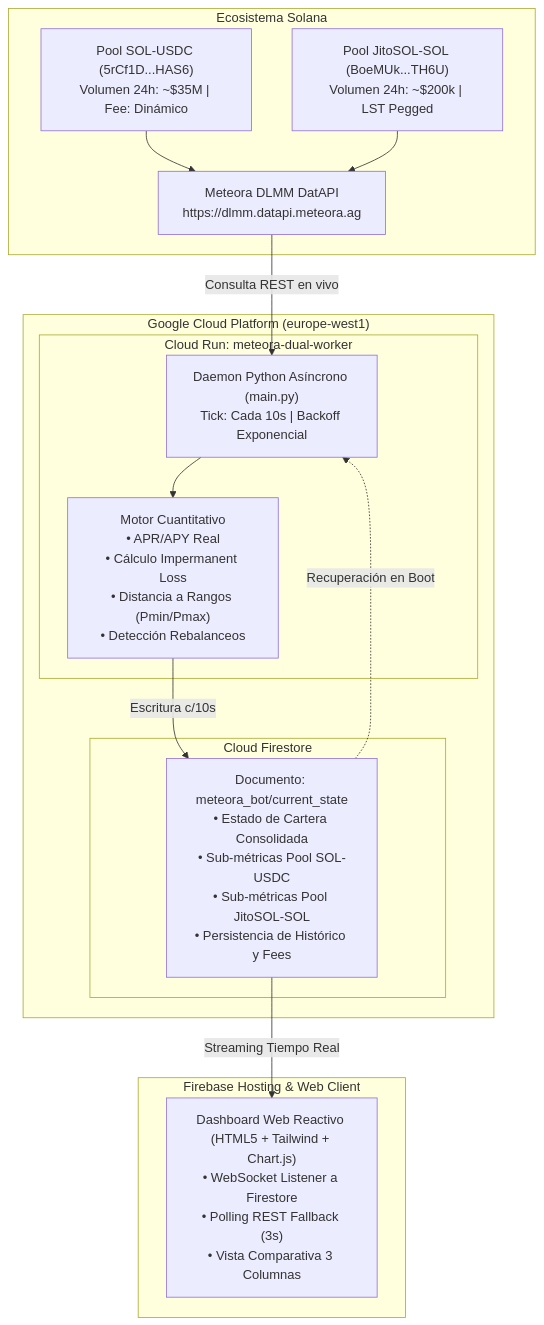
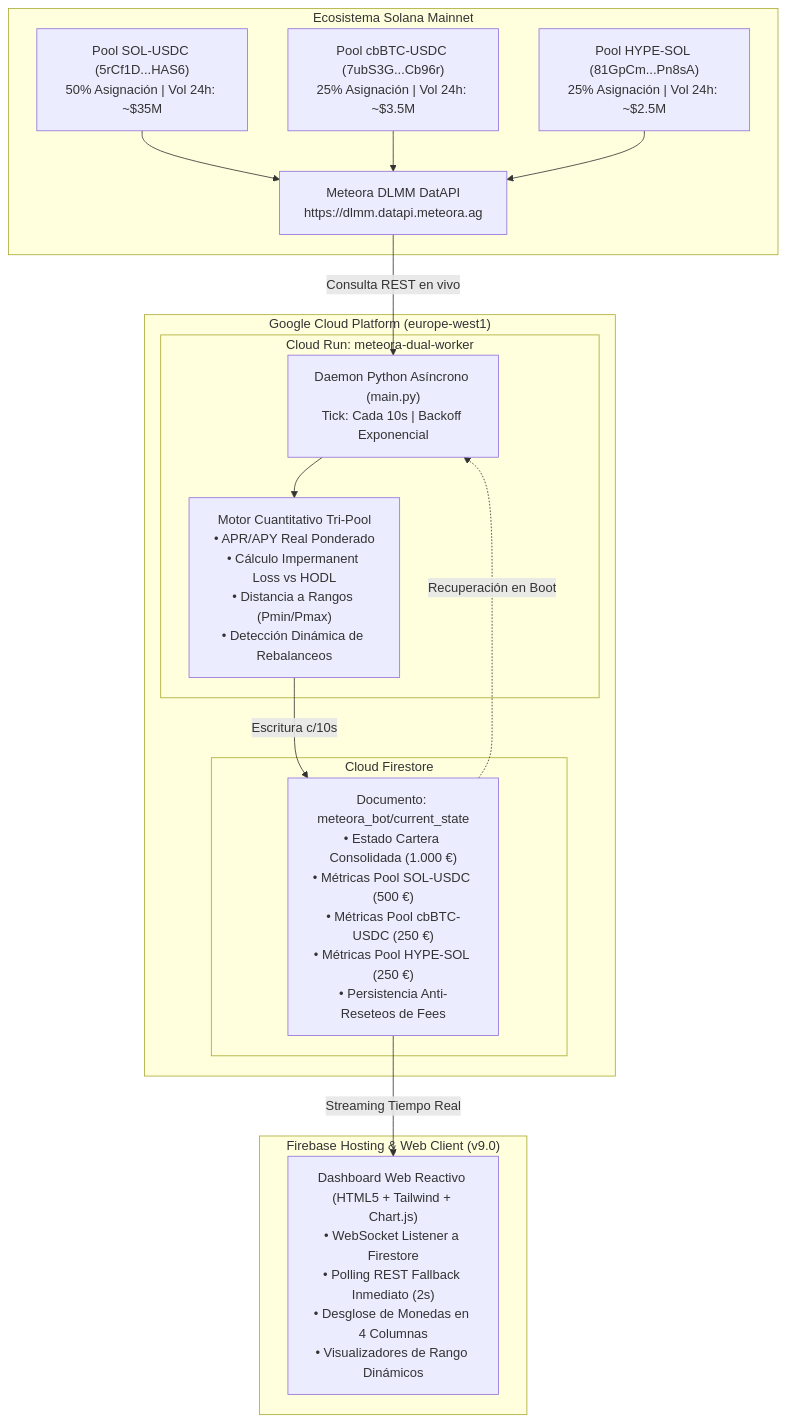
One commit to PabloDorrego/CriptPool changed the diagram in README.md. Above: the diagram before and after it, drawn with Mermaid. The commit also changed other lines of this file, not shown here.

Commit message:
docs: update README with Tri-Pool institutional allocation, 4-column KPI architecture, and coin purchase breakdown

````diff
--- a/README.md
+++ b/README.md
@@ -23,32 +24,34 @@
 ```mermaid
 flowchart TD
-    subgraph Solana ["Ecosistema Solana"]
-        M1["Pool SOL-USDC (5rCf1D...HAS6)\nVolumen 24h: ~$35M | Fee: Dinámico"]
-        M2["Pool JitoSOL-SOL (BoeMUk...TH6U)\nVolumen 24h: ~$200k | LST Pegged"]
+    subgraph Solana ["Ecosistema Solana Mainnet"]
+        M1["Pool SOL-USDC (5rCf1D...HAS6)\n50% Asignación | Vol 24h: ~$35M"]
+        M2["Pool cbBTC-USDC (7ubS3G...Cb96r)\n25% Asignación | Vol 24h: ~$3.5M"]
+        M3["Pool HYPE-SOL (81GpCm...Pn8sA)\n25% Asignación | Vol 24h: ~$2.5M"]
         API["Meteora DLMM DatAPI\nhttps://dlmm.datapi.meteora.ag"]
         M1 --> API
         M2 --> API
+        M3 --> API
     end
 
     subgraph GCP ["Google Cloud Platform (europe-west1)"]
         subgraph CloudRun ["Cloud Run: meteora-dual-worker"]
             Daemon["Daemon Python Asíncrono (main.py)\nTick: Cada 10s | Backoff Exponencial"]
-            Engine["Motor Cuantitativo\n• APR/APY Real\n• Cálculo Impermanent Loss\n• Distancia a Rangos (Pmin/Pmax)\n• Detección Rebalanceos"]
+            Engine["Motor Cuantitativo Tri-Pool\n• APR/APY Real Ponderado\n• Cálculo Impermanent Loss vs HODL\n• Distancia a Rangos (Pmin/Pmax)\n• Detección Dinámica de Rebalanceos"]
             Daemon --> Engine
         end
 
         subgraph DB ["Cloud Firestore"]
-            Doc["Documento: meteora_bot/current_state\n• Estado de Cartera Consolidada\n• Sub-métricas Pool SOL-USDC\n• Sub-métricas Pool JitoSOL-SOL\n• Persistencia de Histórico y Fees"]
+            Doc["Documento: meteora_bot/current_state\n• Estado Cartera Consolidada (1.000 €)\n• Métricas Pool SOL-USDC (500 €)\n• Métricas Pool cbBTC-USDC (250 €)\n• Métricas Pool HYPE-SOL (250 €)\n• Persistencia Anti-Reseteos de Fees"]
         end
         
         Engine -->|Escritura c/10s| Doc
         Doc -.->|Recuperación en Boot| Daemon
     end
 
-    subgraph Frontend ["Firebase Hosting & Web Client"]
-        Client["Dashboard Web Reactivo (HTML5 + Tailwind + Chart.js)\n• WebSocket Listener a Firestore\n• Polling REST Fallback (3s)\n• Vista Comparativa 3 Columnas"]
+    subgraph Frontend ["Firebase Hosting & Web Client (v9.0)"]
+        Client["Dashboard Web Reactivo (HTML5 + Tailwind + Chart.js)\n• WebSocket Listener a Firestore\n• Polling REST Fallback Inmediato (2s)\n• Desglose de Monedas en 4 Columnas\n• Visualizadores de Rango Dinámicos"]
         Doc -->|Streaming Tiempo Real| Client
     end
 
     API -->|Consulta REST en vivo| Daemon
 ```
````
